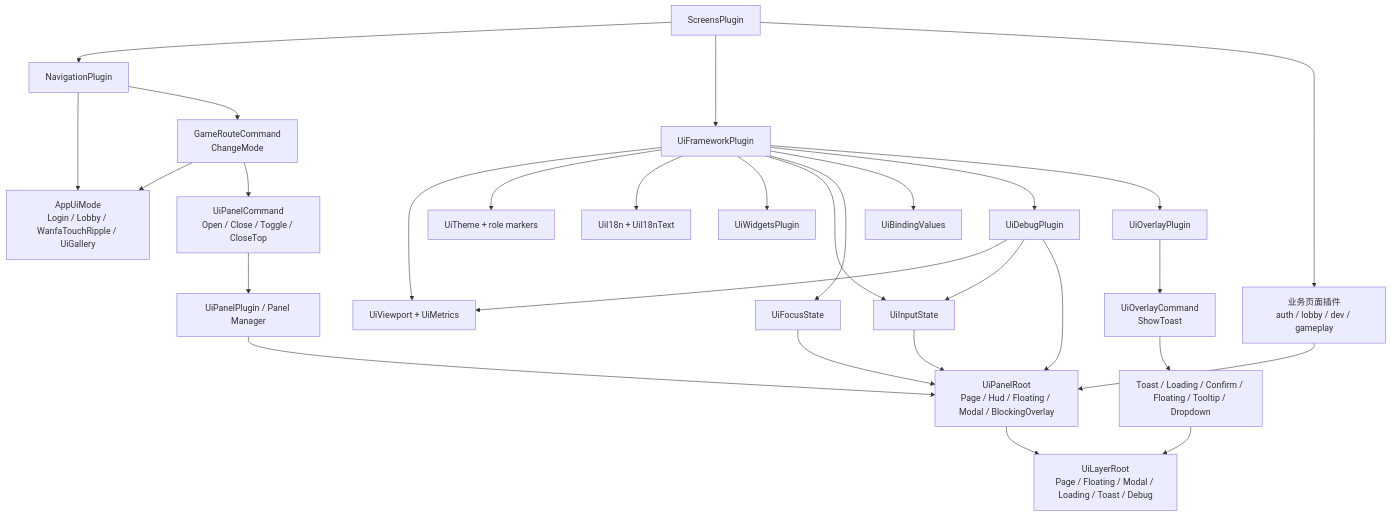
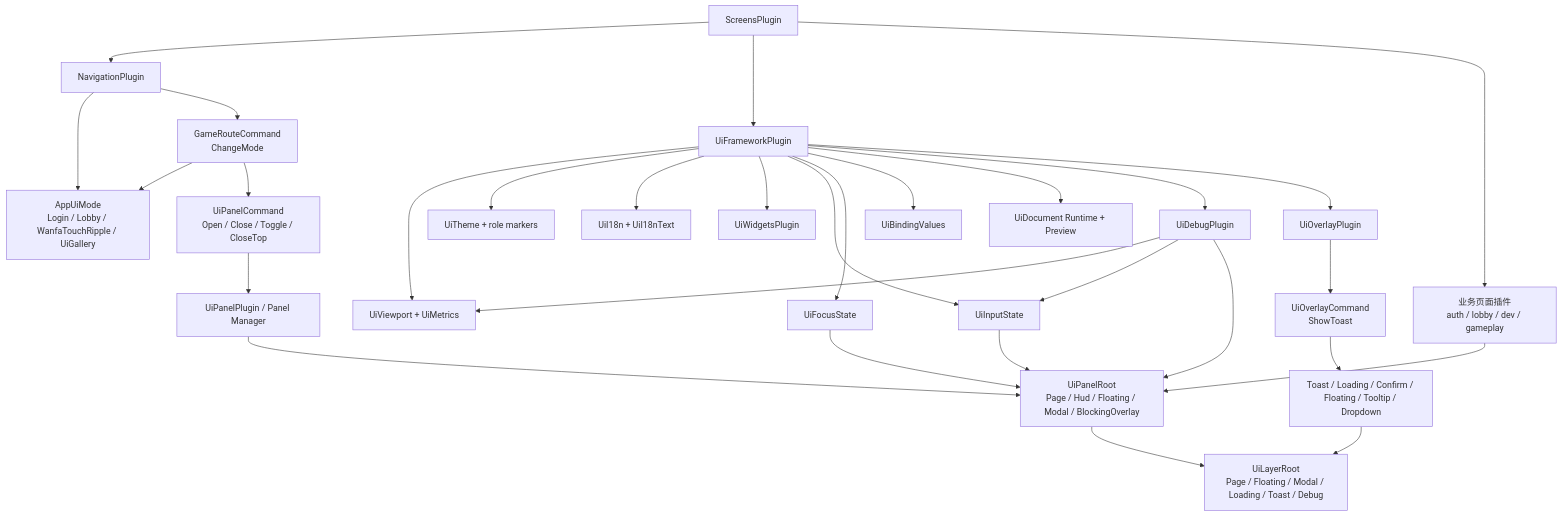
Before and after one commit to atan135/mybevy: the diagram in docs/ui/README.md, drawn with Mermaid. The commit also changed other lines of this file and 17 other files, not shown here.

````diff
--- a/docs/ui/README.md
+++ b/docs/ui/README.md
@@ -29,56 +30,58 @@
 ```mermaid
 flowchart TD
     ScreensPlugin["ScreensPlugin"]
     NavigationPlugin["NavigationPlugin"]
     UiFrameworkPlugin["UiFrameworkPlugin"]
     Screens["业务页面插件<br/>auth / lobby / dev / gameplay"]
 
     AppUiMode["AppUiMode<br/>Login / Lobby / WanfaTouchRipple / UiGallery"]
     GameRouteCommand["GameRouteCommand<br/>ChangeMode"]
     UiOverlayCommand["UiOverlayCommand<br/>ShowToast"]
     UiPanelCommand["UiPanelCommand<br/>Open / Close / Toggle / CloseTop"]
 
     UiViewport["UiViewport + UiMetrics"]
     UiTheme["UiTheme + role markers"]
     UiI18n["UiI18n + UiI18nText"]
     UiWidgets["UiWidgetsPlugin"]
     UiInput["UiInputState"]
     UiFocus["UiFocusState"]
     UiBinding["UiBindingValues"]
+    UiDocument["UiDocument Runtime + Preview"]
     UiDebug["UiDebugPlugin"]
     UiOverlayPlugin["UiOverlayPlugin"]
 
     PanelManager["UiPanelPlugin / Panel Manager"]
     LayerRoots["UiLayerRoot<br/>Page / Floating / Modal / Loading / Toast / Debug"]
     Panels["UiPanelRoot<br/>Page / Hud / Floating / Modal / BlockingOverlay"]
     Overlays["Toast / Loading / Confirm / Floating / Tooltip / Dropdown"]
 
     ScreensPlugin --> NavigationPlugin
     ScreensPlugin --> UiFrameworkPlugin
     ScreensPlugin --> Screens
     NavigationPlugin --> AppUiMode
     NavigationPlugin --> GameRouteCommand
     GameRouteCommand --> AppUiMode
     GameRouteCommand --> UiPanelCommand
     Screens --> Panels
     UiFrameworkPlugin --> UiViewport
     UiFrameworkPlugin --> UiTheme
     UiFrameworkPlugin --> UiI18n
     UiFrameworkPlugin --> UiWidgets
     UiFrameworkPlugin --> UiInput
     UiFrameworkPlugin --> UiFocus
     UiFrameworkPlugin --> UiBinding
+    UiFrameworkPlugin --> UiDocument
     UiFrameworkPlugin --> UiDebug
     UiFrameworkPlugin --> UiOverlayPlugin
     UiOverlayPlugin --> UiOverlayCommand
     UiOverlayCommand --> Overlays
     UiPanelCommand --> PanelManager
     PanelManager --> Panels
     Panels --> LayerRoots
     Overlays --> LayerRoots
     UiInput --> Panels
     UiFocus --> Panels
     UiDebug --> UiViewport
     UiDebug --> UiInput
     UiDebug --> Panels
 ```
````
